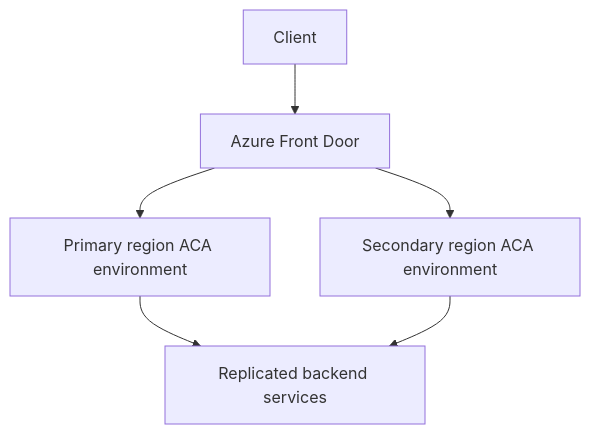
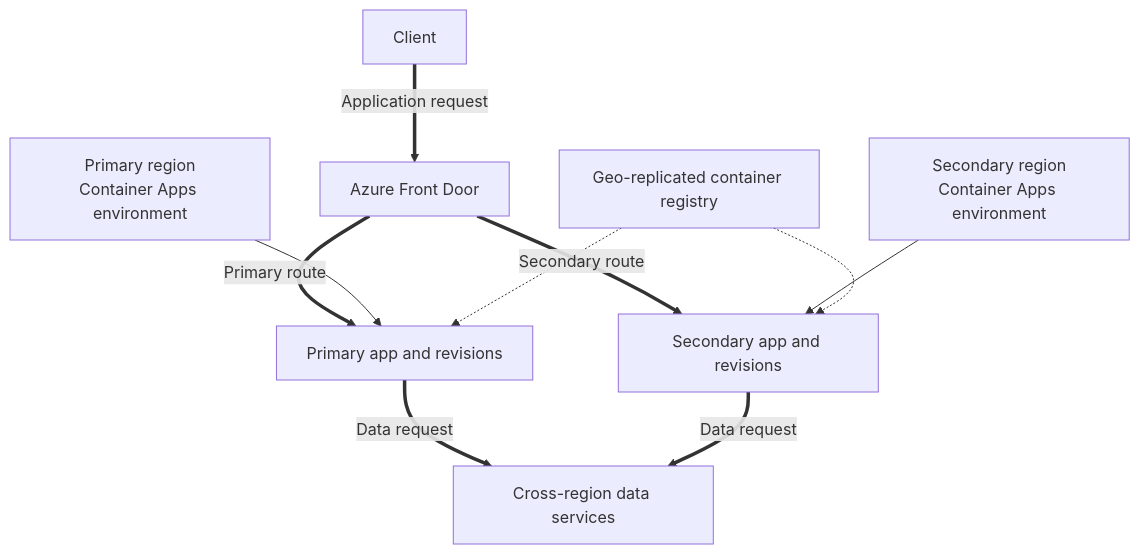
The diagram in docs/operations/disaster-recovery/index.md (yeongseon/azure-container-apps-practical-guide), drawn with Mermaid before and after one commit. The commit also changed other lines of this file and 13 other files, not shown here.

First line of the commit message:
docs(diagrams): migrate the Container Apps operations diagrams (#614)

````diff
--- a/docs/operations/disaster-recovery/index.md
+++ b/docs/operations/disaster-recovery/index.md
@@ -64,8 +65,22 @@
 ```mermaid
 flowchart TD
-    A[Client] --> B[Azure Front Door]
-    B --> C[Primary region ACA environment]
-    B --> D[Secondary region ACA environment]
-    C --> E[Replicated backend services]
-    D --> E
+    CLIENT[Client]
+    FRONT_DOOR[Azure Front Door]
+    BACKEND[Cross-region data services]
+    REGISTRY[Geo-replicated container registry]
+
+    ENV_PRIMARY[Primary region<br/>Container Apps environment]
+    APP_PRIMARY[Primary app and revisions]
+    ENV_SECONDARY[Secondary region<br/>Container Apps environment]
+    APP_SECONDARY[Secondary app and revisions]
+
+    CLIENT ==>|Application request| FRONT_DOOR
+    FRONT_DOOR ==>|Primary route| APP_PRIMARY
+    FRONT_DOOR ==>|Secondary route| APP_SECONDARY
+    ENV_PRIMARY --> APP_PRIMARY
+    ENV_SECONDARY --> APP_SECONDARY
+    APP_PRIMARY ==>|Data request| BACKEND
+    APP_SECONDARY ==>|Data request| BACKEND
+    REGISTRY -.-> APP_PRIMARY
+    REGISTRY -.-> APP_SECONDARY
 ```
````
